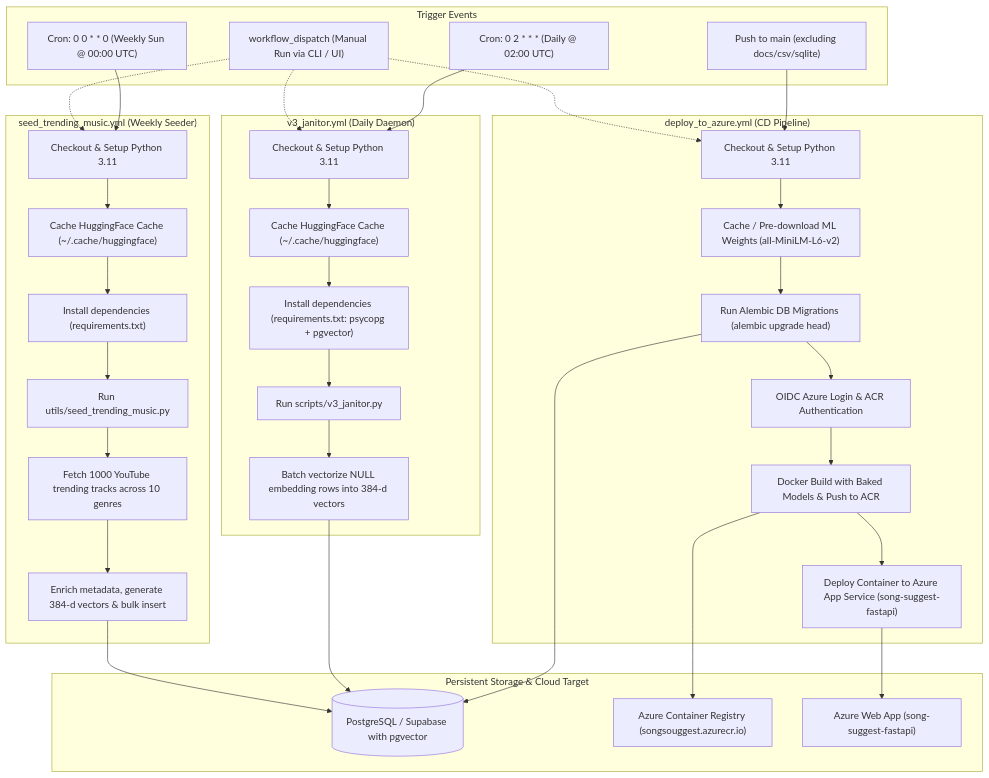
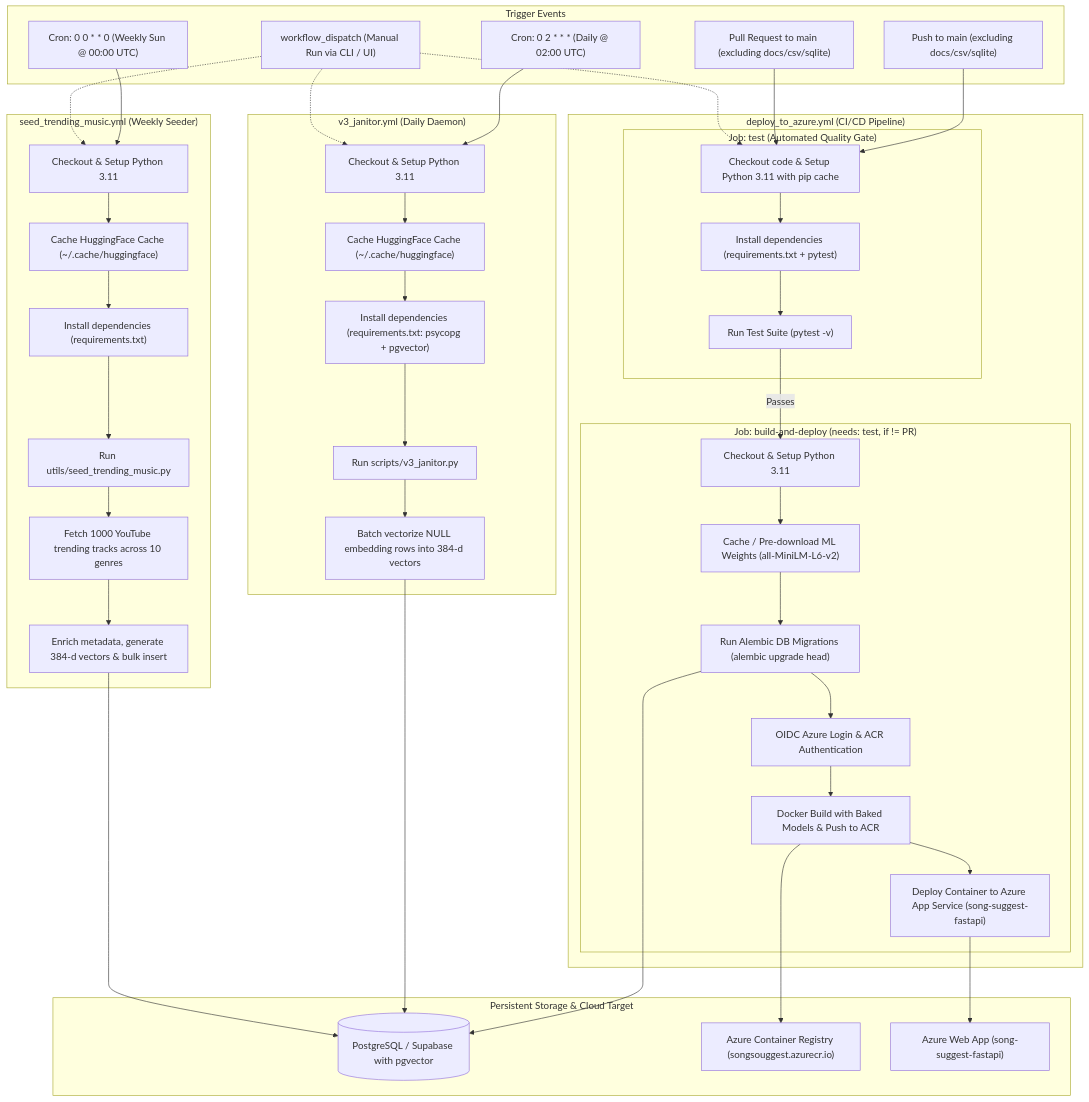
The diagram in docs/ci_cd_and_cron_jobs.md (Agrannya-Singh/Tune_Trace_backend), drawn with Mermaid before and after one commit. The commit also changed other lines of this file and 2 other files, not shown here.

Commit message:
ci: add automated test execution gate to deployment pipeline

````diff
--- a/docs/ci_cd_and_cron_jobs.md
+++ b/docs/ci_cd_and_cron_jobs.md
@@ -11,56 +11,69 @@
 ```mermaid
 flowchart TD
     subgraph Triggers["Trigger Events"]
         T1["Push to main (excluding docs/csv/sqlite)"]
+        T_PR["Pull Request to main (excluding docs/csv/sqlite)"]
         T2["Cron: 0 2 * * * (Daily @ 02:00 UTC)"]
         T3["Cron: 0 0 * * 0 (Weekly Sun @ 00:00 UTC)"]
         T4["workflow_dispatch (Manual Run via CLI / UI)"]
     end
 
-    subgraph CI_CD["deploy_to_azure.yml (CD Pipeline)"]
-        CD1["Checkout & Setup Python 3.11"]
-        CD2["Cache / Pre-download ML Weights (all-MiniLM-L6-v2)"]
-        CD3["Run Alembic DB Migrations (alembic upgrade head)"]
-        CD4["OIDC Azure Login & ACR Authentication"]
-        CD5["Docker Build with Baked Models & Push to ACR"]
-        CD6["Deploy Container to Azure App Service (song-suggest-fastapi)"]
+    subgraph CI_CD["deploy_to_azure.yml (CI/CD Pipeline)"]
+        subgraph Test_Gate["Job: test (Automated Quality Gate)"]
+            T_CO["Checkout code & Setup Python 3.11 with pip cache"]
+            T_DEP["Install dependencies (requirements.txt + pytest)"]
+            T_RUN["Run Test Suite (pytest -v)"]
+            T_CO --> T_DEP --> T_RUN
+        end
+
+        subgraph Deploy_Stage["Job: build-and-deploy (needs: test, if != PR)"]
+            CD1["Checkout & Setup Python 3.11"]
+            CD2["Cache / Pre-download ML Weights (all-MiniLM-L6-v2)"]
+            CD3["Run Alembic DB Migrations (alembic upgrade head)"]
+            CD4["OIDC Azure Login & ACR Authentication"]
+            CD5["Docker Build with Baked Models & Push to ACR"]
+            CD6["Deploy Container to Azure App Service (song-suggest-fastapi)"]
+            CD1 --> CD2 --> CD3 --> CD4 --> CD5 --> CD6
+        end
+
+        T_RUN -->|Passes| CD1
     end
 
     subgraph Cron_Janitor["v3_janitor.yml (Daily Daemon)"]
         J1["Checkout & Setup Python 3.11"]
         J2["Cache HuggingFace Cache (~/.cache/huggingface)"]
         J3["Install dependencies (requirements.txt: psycopg + pgvector)"]
         J4["Run scripts/v3_janitor.py"]
         J5["Batch vectorize NULL embedding rows into 384-d vectors"]
     end
 
     subgraph Cron_Seeder["seed_trending_music.yml (Weekly Seeder)"]
         S1["Checkout & Setup Python 3.11"]
         S2["Cache HuggingFace Cache (~/.cache/huggingface)"]
         S3["Install dependencies (requirements.txt)"]
         S4["Run utils/seed_trending_music.py"]
         S5["Fetch 1000 YouTube trending tracks across 10 genres"]
         S6["Enrich metadata, generate 384-d vectors & bulk insert"]
     end
 
     subgraph Storage["Persistent Storage & Cloud Target"]
         DB[("PostgreSQL / Supabase with pgvector")]
         ACR["Azure Container Registry (songsouggest.azurecr.io)"]
         APP["Azure Web App (song-suggest-fastapi)"]
     end
 
-    T1 --> CD1
-    T4 -.-> CD1
-    CD1 --> CD2 --> CD3 --> CD4 --> CD5 --> CD6
+    T1 --> T_CO
+    T_PR --> T_CO
+    T4 -.-> T_CO
     CD3 --> DB
     CD5 --> ACR
     CD6 --> APP
 
     T2 --> J1
     T4 -.-> J1
     J1 --> J2 --> J3 --> J4 --> J5 --> DB
 
     T3 --> S1
     T4 -.-> S1
     S1 --> S2 --> S3 --> S4 --> S5 --> S6 --> DB
 ```
````
